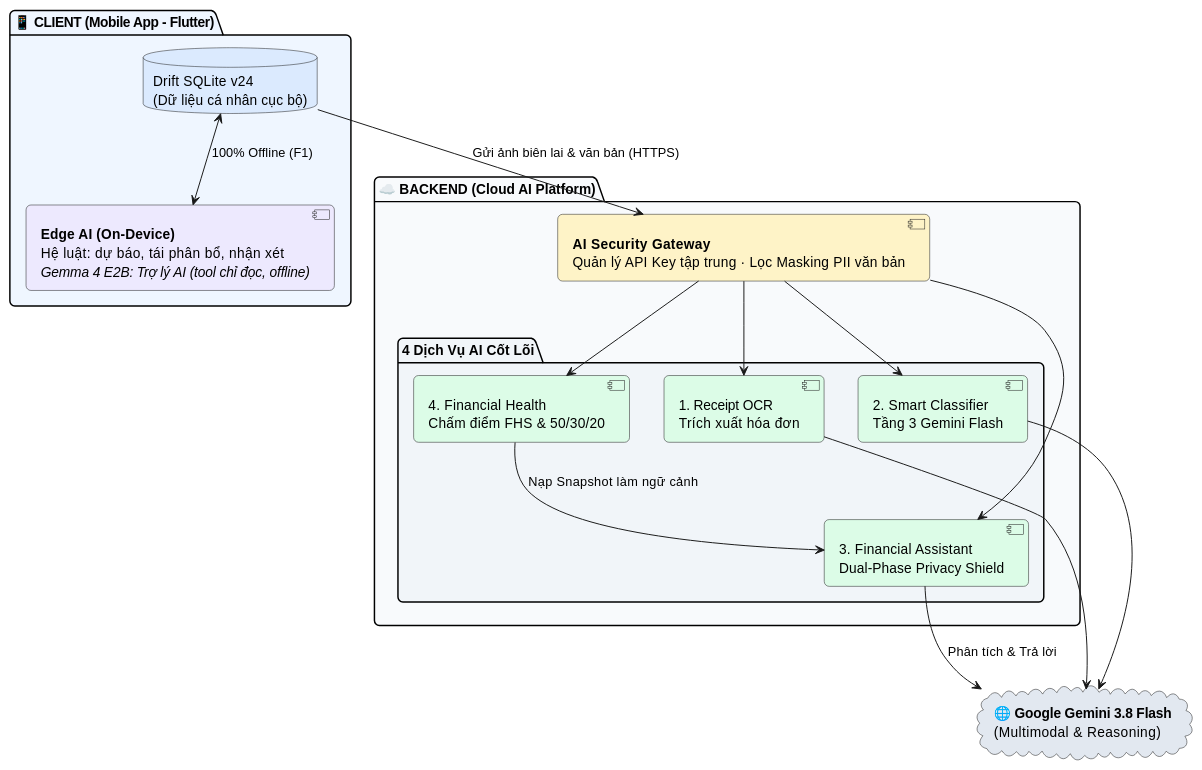
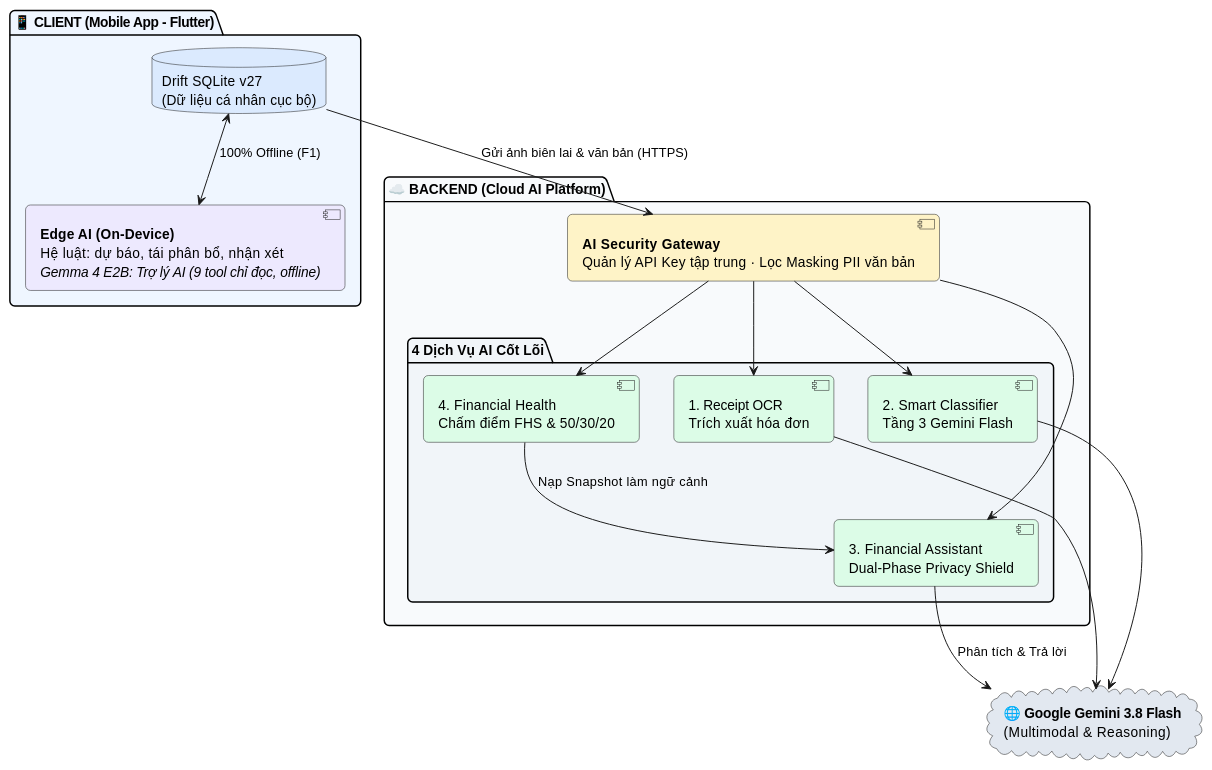
The second of 2 diagrams in docs/AI/AI_ARCHITECTURE_DIAGRAM.md (NguyenPhuBao/ManagementFinance), drawn with PlantUML before and after one commit. The commit also changed other lines of this file and 44 other files, not shown here.

````diff
--- a/docs/AI/AI_ARCHITECTURE_DIAGRAM.md
+++ b/docs/AI/AI_ARCHITECTURE_DIAGRAM.md
@@ -52,39 +52,39 @@
 ```plantuml
 @startuml
 skinparam backgroundColor #FFFFFF
 skinparam roundCorner 10
 skinparam defaultFontName Arial
 skinparam shadowing false
 
 package "📱 CLIENT (Mobile App - Flutter)" #EFF6FF {
-  database "Drift SQLite v24\n(Dữ liệu cá nhân cục bộ)" as LocalDB #DBEAFE
-  component "<b>Edge AI (On-Device)</b>\nHệ luật: dự báo, tái phân bổ, nhận xét\n<i>Gemma 4 E2B: Trợ lý AI (tool chỉ đọc, offline)</i>" as EdgeAI #EDE9FE
+  database "Drift SQLite v27\n(Dữ liệu cá nhân cục bộ)" as LocalDB #DBEAFE
+  component "<b>Edge AI (On-Device)</b>\nHệ luật: dự báo, tái phân bổ, nhận xét\n<i>Gemma 4 E2B: Trợ lý AI (9 tool chỉ đọc, offline)</i>" as EdgeAI #EDE9FE
   LocalDB <--> EdgeAI : 100% Offline (F1)
 }
 
 package "☁️ BACKEND (Cloud AI Platform)" #F8FAFC {
   component "<b>AI Security Gateway</b>\nQuản lý API Key tập trung · Lọc Masking PII văn bản" as Gateway #FEF3C7
   
   package "4 Dịch Vụ AI Cốt Lõi" #F1F5F9 {
     [1. Receipt OCR\nTrích xuất hóa đơn] as OCR #DCFCE7
     [2. Smart Classifier\nTầng 3 Gemini Flash] as Classify #DCFCE7
     [3. Financial Assistant\nDual-Phase Privacy Shield] as Chat #DCFCE7
     [4. Financial Health\nChấm điểm FHS & 50/30/20] as Health #DCFCE7
   }
   
   Gateway --> OCR
   Gateway --> Classify
   Gateway --> Chat
   Gateway --> Health
 }
 
 cloud "<b>🌐 Google Gemini 3.8 Flash</b>\n(Multimodal & Reasoning)" as Gemini #E2E8F0
 
 LocalDB --> Gateway : Gửi ảnh biên lai & văn bản (HTTPS)
 OCR --> Gemini
 Classify --> Gemini
 Health --> Chat : Nạp Snapshot làm ngữ cảnh
 Chat --> Gemini : Phân tích & Trả lời
 
 @enduml
 ```
````
